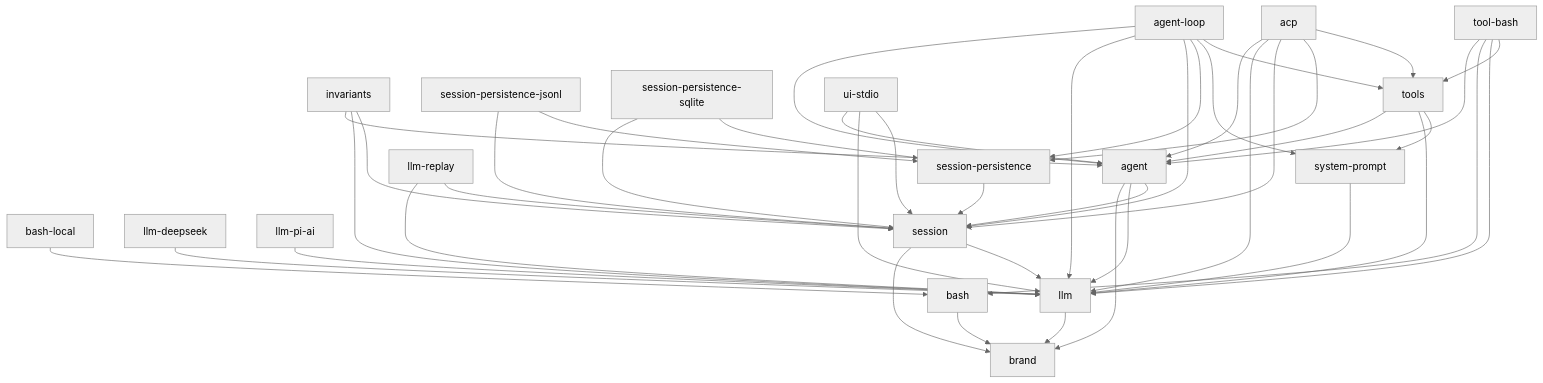
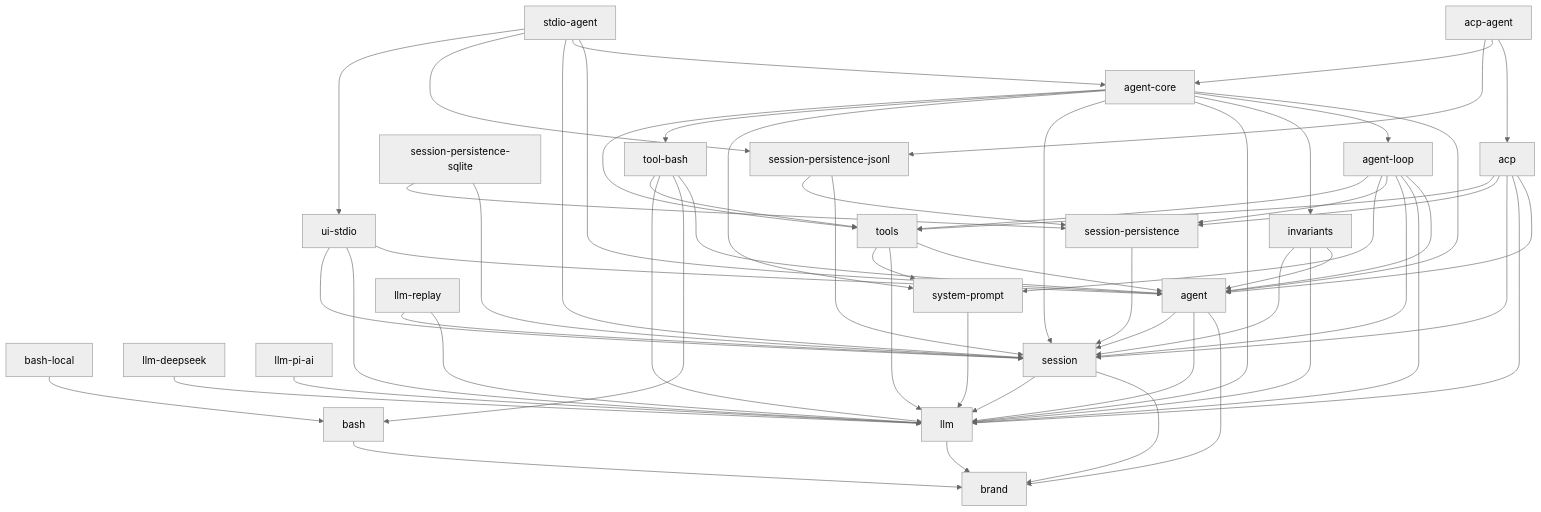
One commit to eru123/coco-harness changed the diagram in docs/module-graph.md. Above: the diagram before and after it, drawn with Mermaid (neutral theme). The commit also changed other lines of this file and 59 other files, not shown here.

````diff
--- a/docs/module-graph.md
+++ b/docs/module-graph.md
@@ -8,45 +8,61 @@
 ```mermaid
 graph TD
   bash --> brand
   llm --> brand
   bash-local --> bash
   llm-deepseek --> llm
   llm-pi-ai --> llm
   session --> brand
   session --> llm
   system-prompt --> llm
   agent --> brand
   agent --> llm
   agent --> session
   llm-replay --> llm
   llm-replay --> session
   session-persistence --> session
   invariants --> agent
   invariants --> llm
   invariants --> session
   session-persistence-jsonl --> session
   session-persistence-jsonl --> session-persistence
   session-persistence-sqlite --> session
   session-persistence-sqlite --> session-persistence
   tools --> agent
   tools --> llm
   tools --> system-prompt
   ui-stdio --> agent
   ui-stdio --> llm
   ui-stdio --> session
   acp --> agent
   acp --> llm
   acp --> session
   acp --> session-persistence
   acp --> tools
   agent-loop --> agent
   agent-loop --> llm
   agent-loop --> session
   agent-loop --> session-persistence
   agent-loop --> system-prompt
   agent-loop --> tools
   tool-bash --> agent
   tool-bash --> bash
   tool-bash --> llm
   tool-bash --> tools
+  agent-core --> agent
+  agent-core --> agent-loop
+  agent-core --> invariants
+  agent-core --> llm
+  agent-core --> session
+  agent-core --> system-prompt
+  agent-core --> tool-bash
+  agent-core --> tools
+  acp-agent --> acp
+  acp-agent --> agent-core
+  acp-agent --> session-persistence-jsonl
+  stdio-agent --> agent
+  stdio-agent --> agent-core
+  stdio-agent --> session
+  stdio-agent --> session-persistence-jsonl
+  stdio-agent --> ui-stdio
 ```
````
